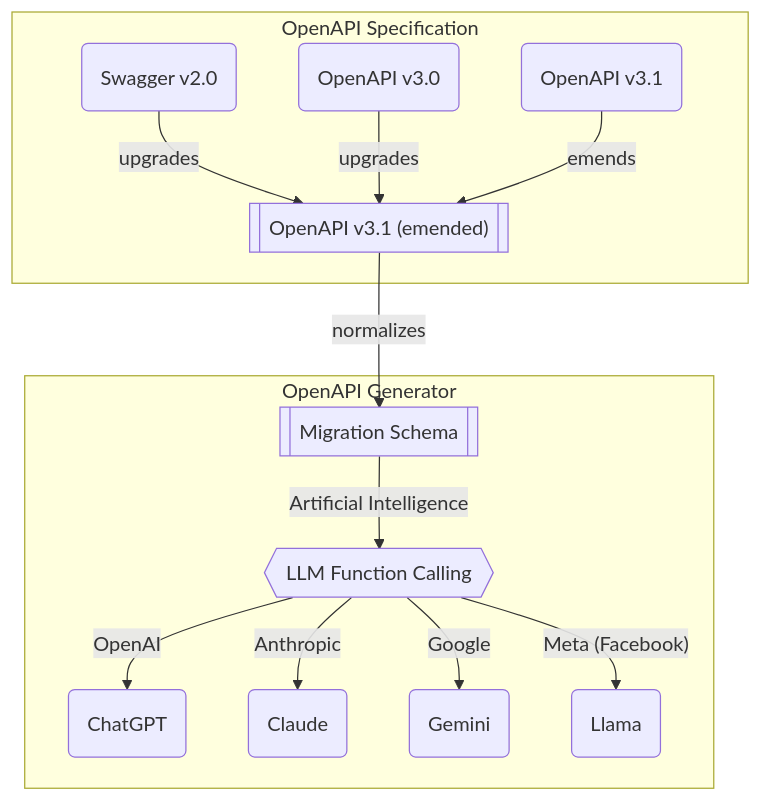
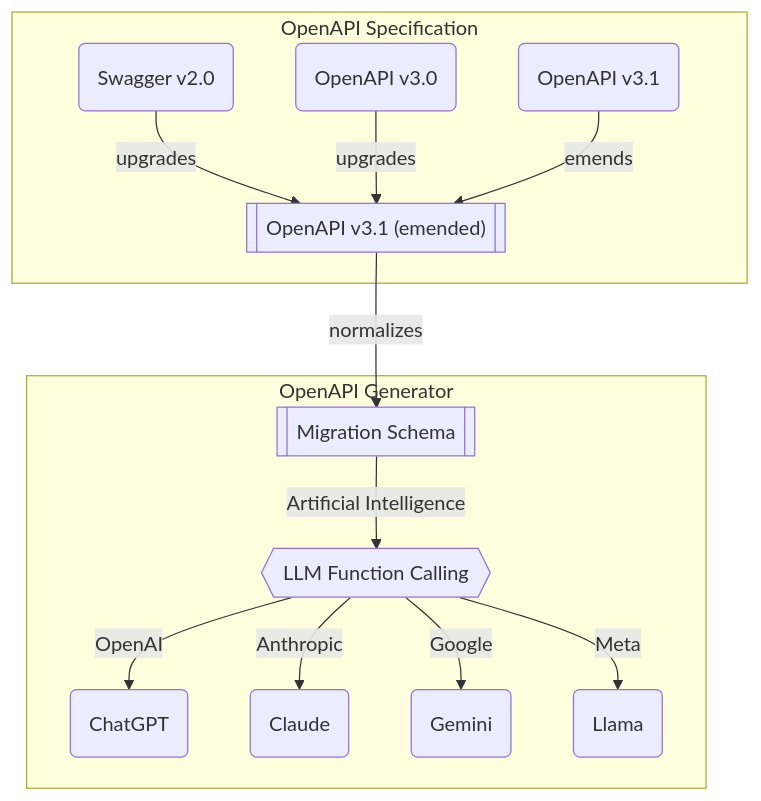
One commit to samchon/openapi changed the first of 3 diagrams in README.md. Above: the diagram before and after it, drawn with Mermaid. The commit also changed other lines of this file and 8 other files, not shown here.

````diff
--- a/README.md
+++ b/README.md
@@ -8,16 +2,16 @@
 ```mermaid
 flowchart
   subgraph "OpenAPI Specification"
     v20("Swagger v2.0") --upgrades--> emended[["OpenAPI v3.1 (emended)"]]
     v30("OpenAPI v3.0") --upgrades--> emended
     v31("OpenAPI v3.1") --emends--> emended
   end
   subgraph "OpenAPI Generator"
     emended --normalizes--> migration[["Migration Schema"]]
     migration --"Artificial Intelligence"--> lfc{{"LLM Function Calling"}}
     lfc --"OpenAI"--> chatgpt("ChatGPT")
     lfc --"Anthropic"--> claude("Claude")
     lfc --"Google"--> gemini("Gemini")
-    lfc --"Meta (Facebook)"--> llama("Llama")
+    lfc --"Meta"--> llama("Llama")
   end
 ```
````
